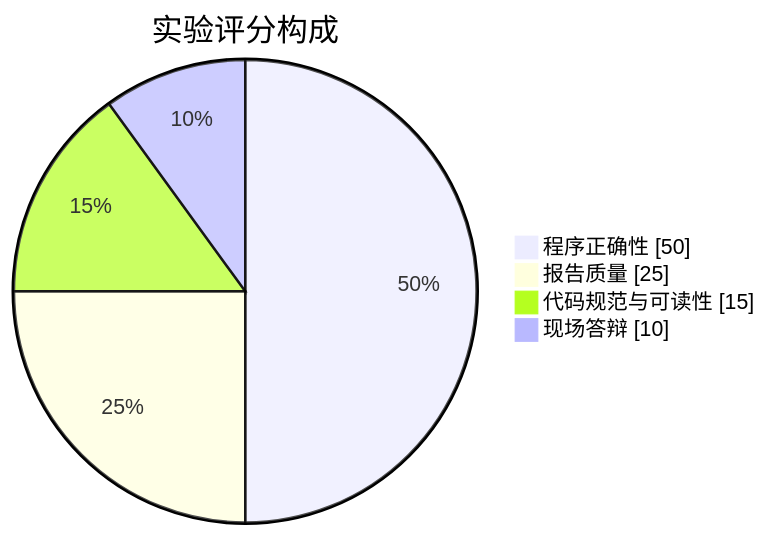
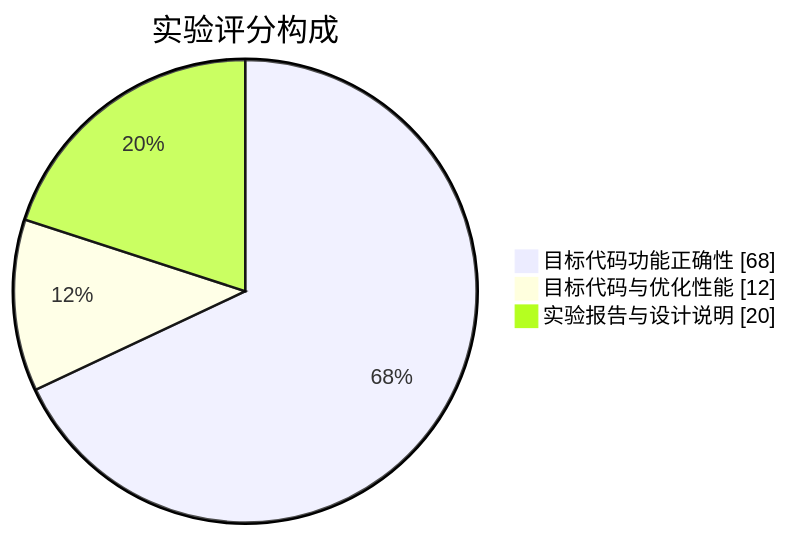
One commit to lightsmilew/compiler-principles changed the diagram in docs/guide/report.md. Above: the diagram before and after it, drawn with Mermaid. The commit also changed other lines of this file and 24 other files, not shown here.

````diff
--- a/docs/guide/report.md
+++ b/docs/guide/report.md
@@ -87,8 +99,7 @@
 ```mermaid
 pie showData
   title 实验评分构成
-  "程序正确性" : 50
-  "报告质量" : 25
-  "代码规范与可读性" : 15
-  "现场答辩" : 10
+  "目标代码功能正确性" : 68
+  "目标代码与优化性能" : 12
+  "实验报告与设计说明" : 20
 ```
````
